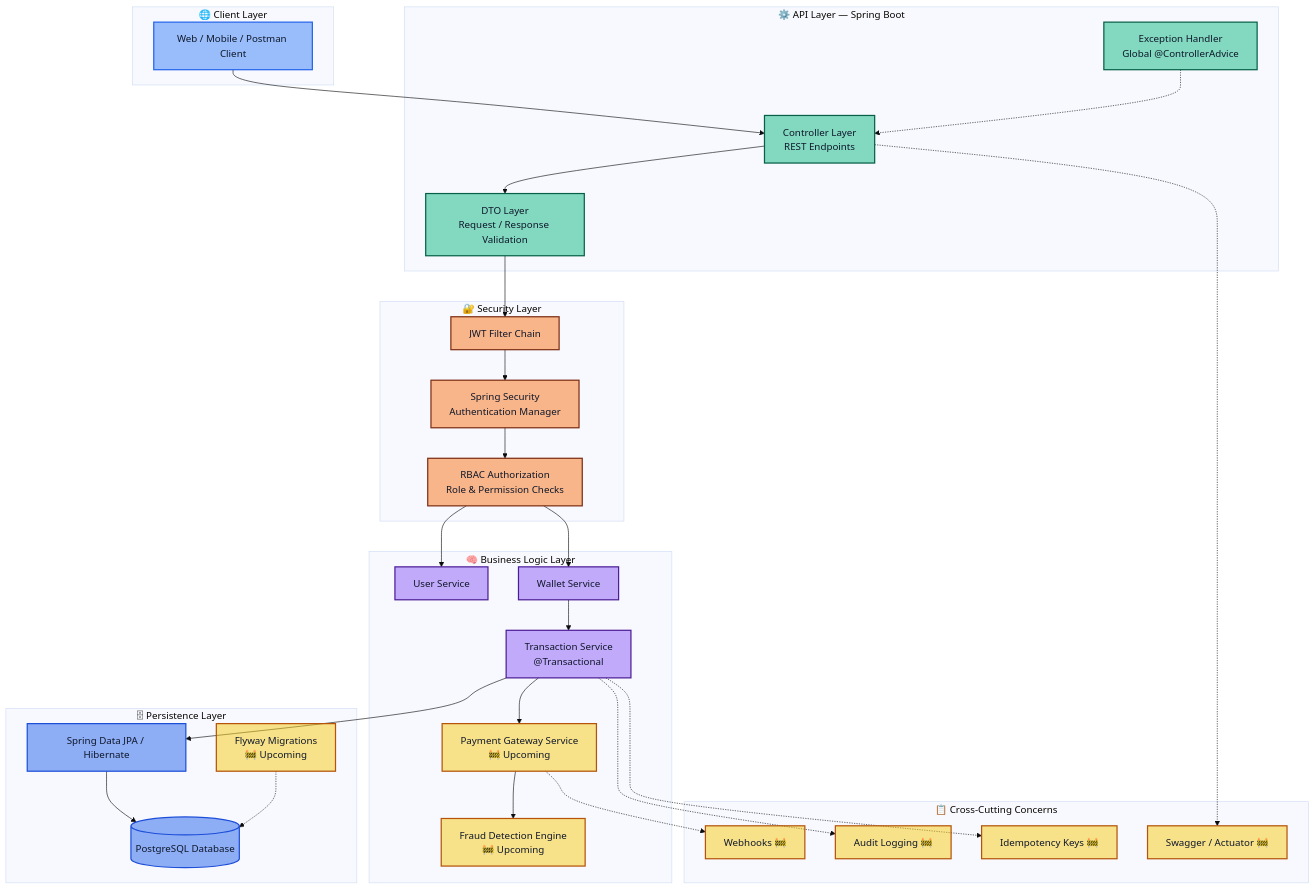
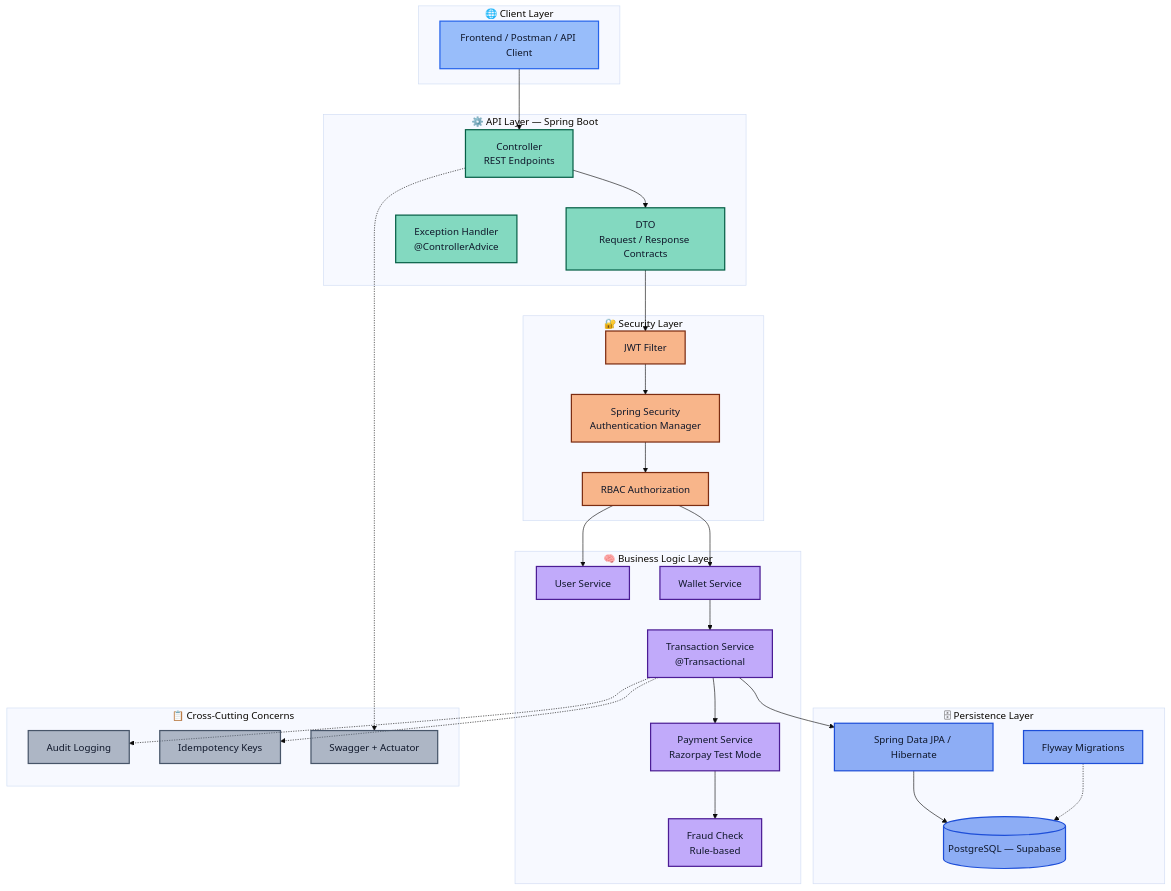
Before and after one commit to VASUSINH/PayMoney: the first of 7 diagrams in ReadMe.md, drawn with Mermaid (base theme). The commit also changed other lines of this file, not shown here.

````diff
--- a/ReadMe.md
+++ b/ReadMe.md
@@ -52,66 +163,61 @@
 ```mermaid
 flowchart TB
     subgraph Client["🌐 Client Layer"]
-        A[Web / Mobile / Postman Client]
+        A[Frontend / Postman / API Client]
     end
 
     subgraph API["⚙️ API Layer — Spring Boot"]
-        B[Controller Layer<br/>REST Endpoints]
-        C[DTO Layer<br/>Request / Response Validation]
-        D[Exception Handler<br/>Global @ControllerAdvice]
+        B[Controller<br/>REST Endpoints]
+        C[DTO<br/>Request / Response Contracts]
+        D[Exception Handler<br/>@ControllerAdvice]
     end
 
     subgraph Security["🔐 Security Layer"]
-        E[JWT Filter Chain]
+        E[JWT Filter]
         F[Spring Security<br/>Authentication Manager]
-        G[RBAC Authorization<br/>Role & Permission Checks]
+        G[RBAC Authorization]
     end
 
     subgraph Business["🧠 Business Logic Layer"]
         H[User Service]
         I[Wallet Service]
         J[Transaction Service<br/>@Transactional]
-        K[Payment Gateway Service<br/>🚧 Upcoming]
-        L[Fraud Detection Engine<br/>🚧 Upcoming]
+        K[Payment Service<br/>Razorpay Test Mode]
+        L[Fraud Check<br/>Rule-based]
     end
 
     subgraph Persistence["🗄 Persistence Layer"]
         M[Spring Data JPA / Hibernate]
-        N[(PostgreSQL Database)]
-        O[Flyway Migrations<br/>🚧 Upcoming]
+        N[(PostgreSQL — Supabase)]
+        O[Flyway Migrations]
     end
 
     subgraph CrossCutting["📋 Cross-Cutting Concerns"]
-        P[Audit Logging 🚧]
-        Q[Idempotency Keys 🚧]
-        R[Webhooks 🚧]
-        S[Swagger / Actuator 🚧]
+        P[Audit Logging]
+        Q[Idempotency Keys]
+        S[Swagger + Actuator]
     end
 
     A --> B --> C --> E --> F --> G --> H
     G --> I --> J --> M
     J --> K --> L
     M --> N
     O -.-> N
     J -.-> P
     J -.-> Q
-    K -.-> R
     B -.-> S
-    D -.-> B
 
     classDef client fill:#3B82F680,stroke:#2563EB,stroke-width:2px,color:#0F172A;
     classDef api fill:#10B98180,stroke:#065F46,stroke-width:2px,color:#0F172A;
     classDef security fill:#F9731680,stroke:#7C2D12,stroke-width:2px,color:#0F172A;
     classDef business fill:#8B5CF680,stroke:#4C1D95,stroke-width:2px,color:#0F172A;
     classDef persistence fill:#2563EB80,stroke:#1D4ED8,stroke-width:2px,color:#0F172A;
     classDef cross fill:#64748B80,stroke:#475569,stroke-width:2px,color:#0F172A;
-    classDef upcoming fill:#FACC1580,stroke:#B45309,stroke-width:2px,color:#0F172A;
 
     class A client;
     class B,C,D api;
     class E,F,G security;
     class H,I,J,K,L business;
     class M,N,O persistence;
-    class P,Q,R,S cross;
-    class K,L,O,P,Q,R,S upcoming;
+    class P,Q,S cross;
 ```
````
